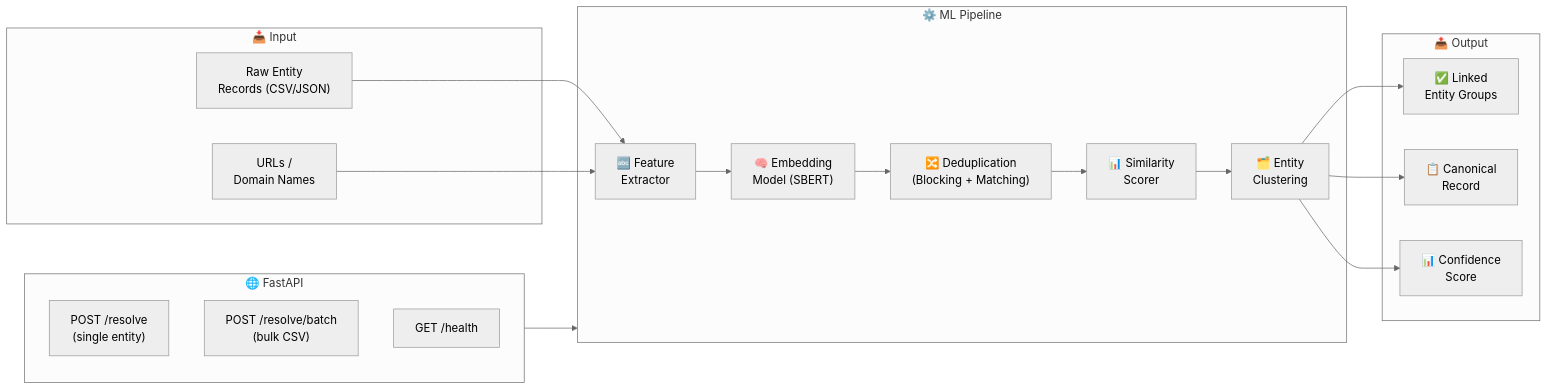
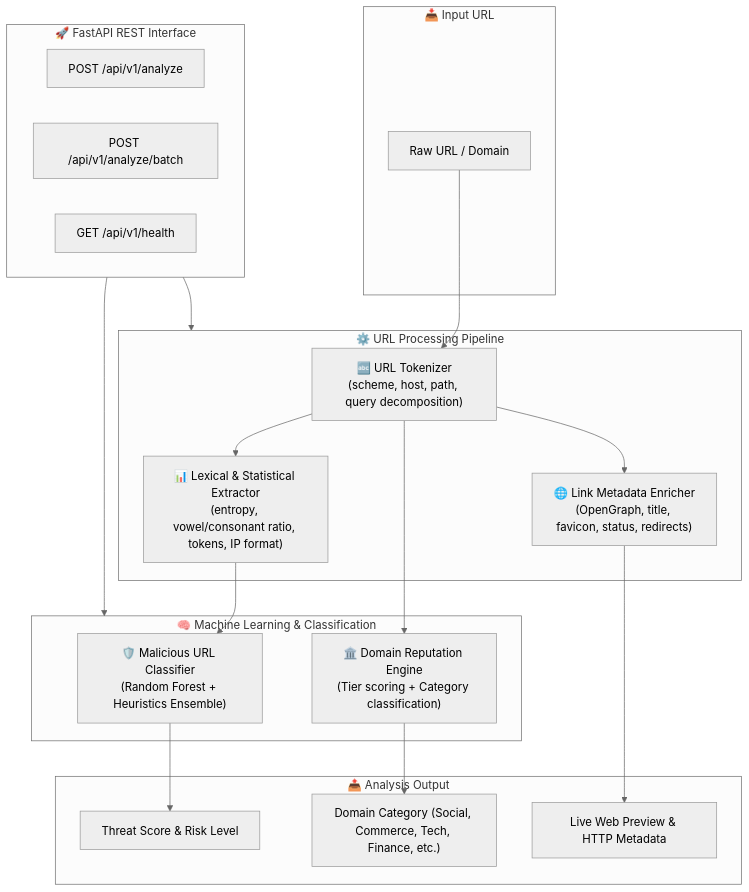
The diagram in README.md (harinish45/LinkForge), drawn with Mermaid (neutral theme) before and after one commit. The commit also changed other lines of this file and 21 other files, not shown here.

Commit message:
feat: implement URL feature extraction, ML threat classifier, domain reputation, and FastAPI REST endpoints

````diff
--- a/README.md
+++ b/README.md
@@ -21,38 +22,40 @@
 ```mermaid
-graph LR
-    subgraph Input["📥 Input"]
-        Raw["Raw Entity\nRecords (CSV/JSON)"]
-        URLs["URLs /\nDomain Names"]
+graph TD
+    subgraph Input["📥 Input URL"]
+        RawURL["Raw URL / Domain"]
     end
 
-    subgraph Pipeline["⚙️ ML Pipeline"]
-        Extract["🔤 Feature\nExtractor"]
-        Embed["🧠 Embedding\nModel (SBERT)"]
-        Dedup["🔀 Deduplication\n(Blocking + Matching)"]
-        Score["📊 Similarity\nScorer"]
-        Cluster["🗂️ Entity\nClustering"]
+    subgraph Processors["⚙️ URL Processing Pipeline"]
+        Tokenizer["🔤 URL Tokenizer\n(scheme, host, path, query decomposition)"]
+        FeatureExtractor["📊 Lexical & Statistical Extractor\n(entropy, vowel/consonant ratio, tokens, IP format)"]
+        MetadataEnricher["🌐 Link Metadata Enricher\n(OpenGraph, title, favicon, status, redirects)"]
     end
 
-    subgraph API["🌐 FastAPI"]
-        Single["POST /resolve\n(single entity)"]
-        Batch["POST /resolve/batch\n(bulk CSV)"]
-        Health["GET /health"]
+    subgraph Models["🧠 Machine Learning & Classification"]
+        MLClassifier["🛡️ Malicious URL Classifier\n(Random Forest + Heuristics Ensemble)"]
+        DomainReputation["🏛️ Domain Reputation Engine\n(Tier scoring + Category classification)"]
     end
 
-    subgraph Output["📤 Output"]
-        Linked["✅ Linked\nEntity Groups"]
-        Canonical["📋 Canonical\nRecord"]
-        Conf["📊 Confidence\nScore"]
+    subgraph API["🚀 FastAPI REST Interface"]
+        SingleEndpoint["POST /api/v1/analyze"]
+        BatchEndpoint["POST /api/v1/analyze/batch"]
+        HealthEndpoint["GET /api/v1/health"]
     end
 
-    Raw --> Extract
-    URLs --> Extract
-    Extract --> Embed
-    Embed --> Dedup
-    Dedup --> Score
-    Score --> Cluster
-    Cluster --> Linked
-    Cluster --> Canonical
-    Cluster --> Conf
-    API --> Pipeline
+    subgraph Output["📤 Analysis Output"]
+        ThreatScore["Threat Score & Risk Level"]
+        CategoryResult["Domain Category (Social, Commerce, Tech, Finance, etc.)"]
+        EnrichedPreview["Live Web Preview & HTTP Metadata"]
+    end
+
+    RawURL --> Tokenizer
+    Tokenizer --> FeatureExtractor
+    Tokenizer --> MetadataEnricher
+    FeatureExtractor --> MLClassifier
+    Tokenizer --> DomainReputation
+    MLClassifier --> ThreatScore
+    DomainReputation --> CategoryResult
+    MetadataEnricher --> EnrichedPreview
+    API --> Processors
+    API --> Models
 ```
````
